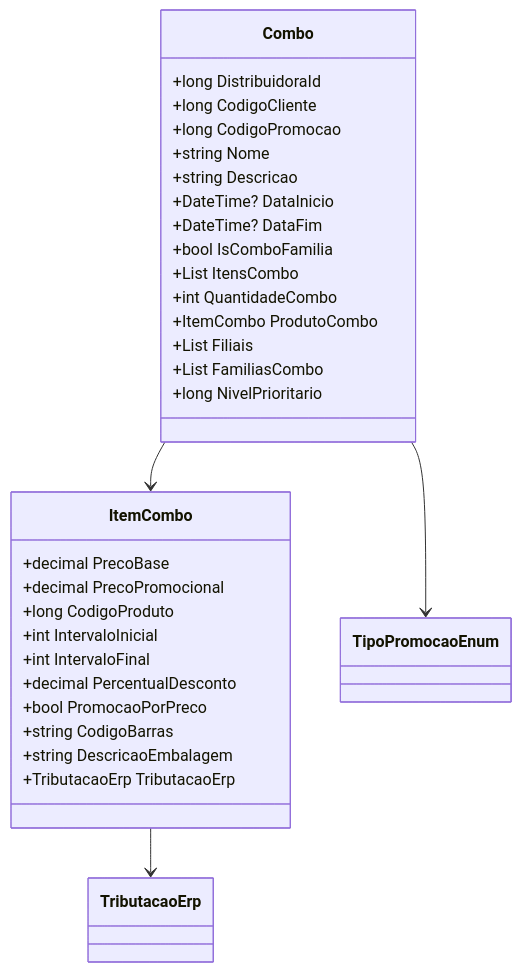
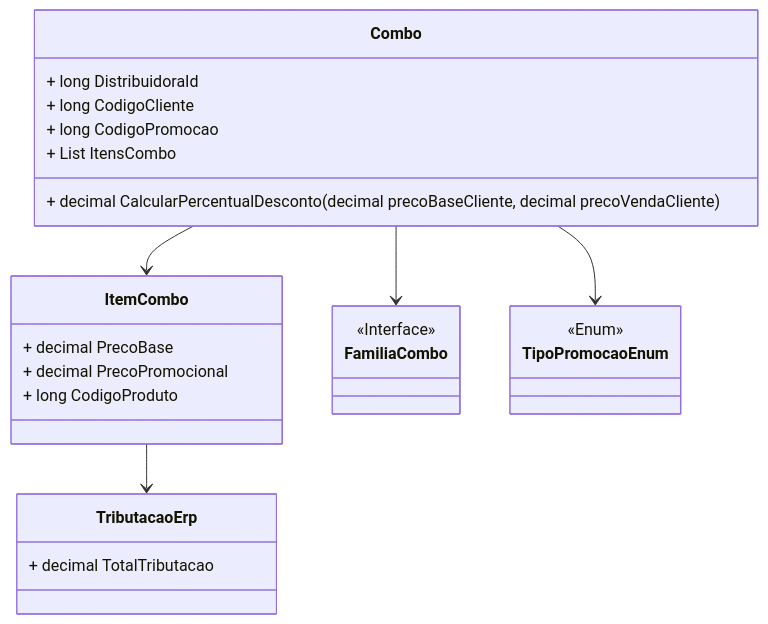
The diagram in docs/b2b-dominio/IsthmusWinthor.Nucleo/IsthmusWinthor.Dominio/POCO/Precos/Combo.md (IsthmusSistemas/documentacao-tecnica), drawn with Mermaid before and after one commit. The commit also changed other lines of this file and 882 other files, not shown here.

````diff
--- a/docs/b2b-dominio/IsthmusWinthor.Nucleo/IsthmusWinthor.Dominio/POCO/Precos/Combo.md
+++ b/docs/b2b-dominio/IsthmusWinthor.Nucleo/IsthmusWinthor.Dominio/POCO/Precos/Combo.md
@@ -69,37 +53,28 @@
 ```mermaid
 classDiagram
     class Combo {
-        +long DistribuidoraId
-        +long CodigoCliente
-        +long CodigoPromocao
-        +string Nome
-        +string Descricao
-        +DateTime? DataInicio
-        +DateTime? DataFim
-        +bool IsComboFamilia
-        +List<ItemCombo> ItensCombo
-        +int QuantidadeCombo
-        +ItemCombo ProdutoCombo
-        +List<string> Filiais
-        +List<FamiliaCombo> FamiliasCombo
-        +long NivelPrioritario
+        + long DistribuidoraId
+        + long CodigoCliente
+        + long CodigoPromocao
+        + List<ItemCombo> ItensCombo
+        + decimal CalcularPercentualDesconto(decimal precoBaseCliente, decimal precoVendaCliente)
     }
     class ItemCombo {
-        +decimal PrecoBase
-        +decimal PrecoPromocional
-        +long CodigoProduto
-        +int IntervaloInicial
-        +int IntervaloFinal
-        +decimal PercentualDesconto
-        +bool PromocaoPorPreco
-        +string CodigoBarras
-        +string DescricaoEmbalagem
-        +TributacaoErp TributacaoErp
+        + decimal PrecoBase
+        + decimal PrecoPromocional
+        + long CodigoProduto
     }
-    class TipoPromocaoEnum
-    class TributacaoErp
-
+    class FamiliaCombo {
+        <<Interface>>
+    }
+    class TipoPromocaoEnum {
+        <<Enum>>
+    }
+    class TributacaoErp {
+        + decimal TotalTributacao
+    }
     Combo --> ItemCombo
+    Combo --> FamiliaCombo
     Combo --> TipoPromocaoEnum
     ItemCombo --> TributacaoErp
 ```
````
